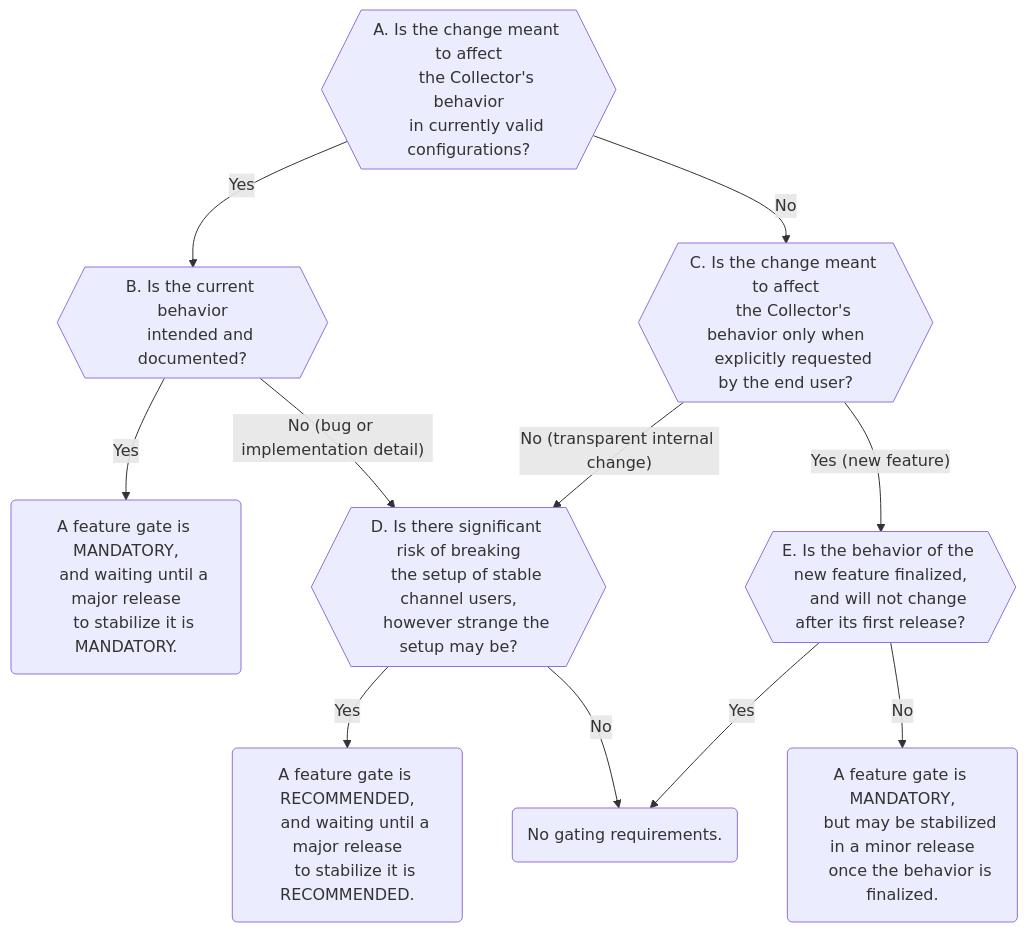
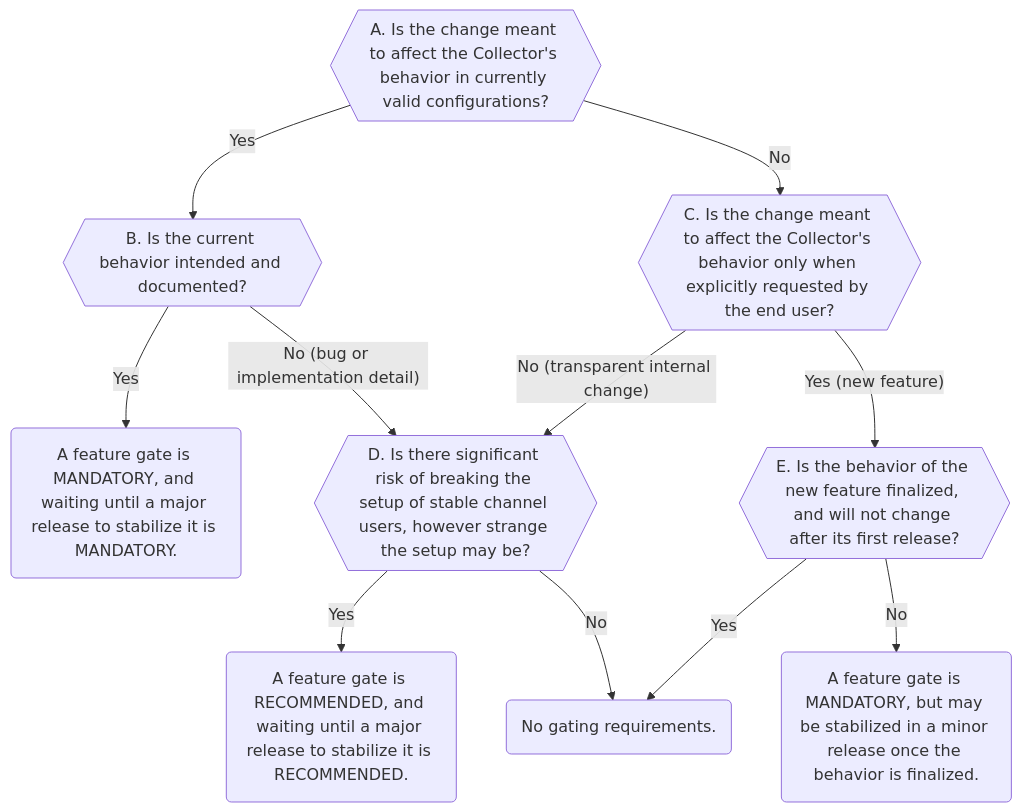
One commit to open-telemetry/opentelemetry-collector changed the diagram in docs/rfcs/stable-by-default.md. Above: the diagram before and after it, drawn with Mermaid.

Commit message:
Try to improve Github flowchart rendering

````diff
--- a/docs/rfcs/stable-by-default.md
+++ b/docs/rfcs/stable-by-default.md
@@ -203,52 +203,22 @@
 ```mermaid
 flowchart TD
-  A{{"
-    A. Is the change meant to affect
-    the Collector's behavior
-    in currently valid configurations?
-  "}}
+  A{{A. Is the change meant to affect the Collector's behavior in currently valid configurations?}}
   A -->|Yes| B
   A -->|No| C
 
-  B{{"
-    B. Is the current behavior
-    intended and documented?
-  "}}
-  B -->|Yes| Omm("
-    A feature gate is MANDATORY,
-    and waiting until a major release
-    to stabilize it is MANDATORY.
-  ")
+  B{{B. Is the current behavior intended and documented?}}
+  B -->|Yes| Omm(A feature gate is MANDATORY, and waiting until a major release to stabilize it is MANDATORY.)
   B -->|"No (bug or implementation detail)"| D
 
-  C{{"
-    C. Is the change meant to affect
-    the Collector's behavior only when
-    explicitly requested by the end user?
-  "}}
+  C{{C. Is the change meant to affect the Collector's behavior only when explicitly requested by the end user?}}
   C -->|"No (transparent internal change)"| D
   C -->|"Yes (new feature)"| E
 
-  D{{"
-    D. Is there significant risk of breaking
-    the setup of stable channel users,
-    however strange the setup may be?
-  "}}
-  D -->|Yes| Orr("
-    A feature gate is RECOMMENDED,
-    and waiting until a major release
-    to stabilize it is RECOMMENDED.
-  ")
+  D{{D. Is there significant risk of breaking the setup of stable channel users, however strange the setup may be?}}
+  D -->|Yes| Orr(A feature gate is RECOMMENDED, and waiting until a major release to stabilize it is RECOMMENDED.)
   D -->|No| Onn(No gating requirements.)
 
-  E{{"
-    E. Is the behavior of the new feature finalized,
-    and will not change after its first release?
-  "}}
-  E -->|No| Omr("
-    A feature gate is MANDATORY,
-    but may be stabilized in a minor release
-    once the behavior is finalized.
-  ")
+  E{{E. Is the behavior of the new feature finalized, and will not change after its first release?}}
+  E -->|No| Omr(A feature gate is MANDATORY, but may be stabilized in a minor release once the behavior is finalized.)
   E -->|Yes| Onn(No gating requirements.)
 ```
````
